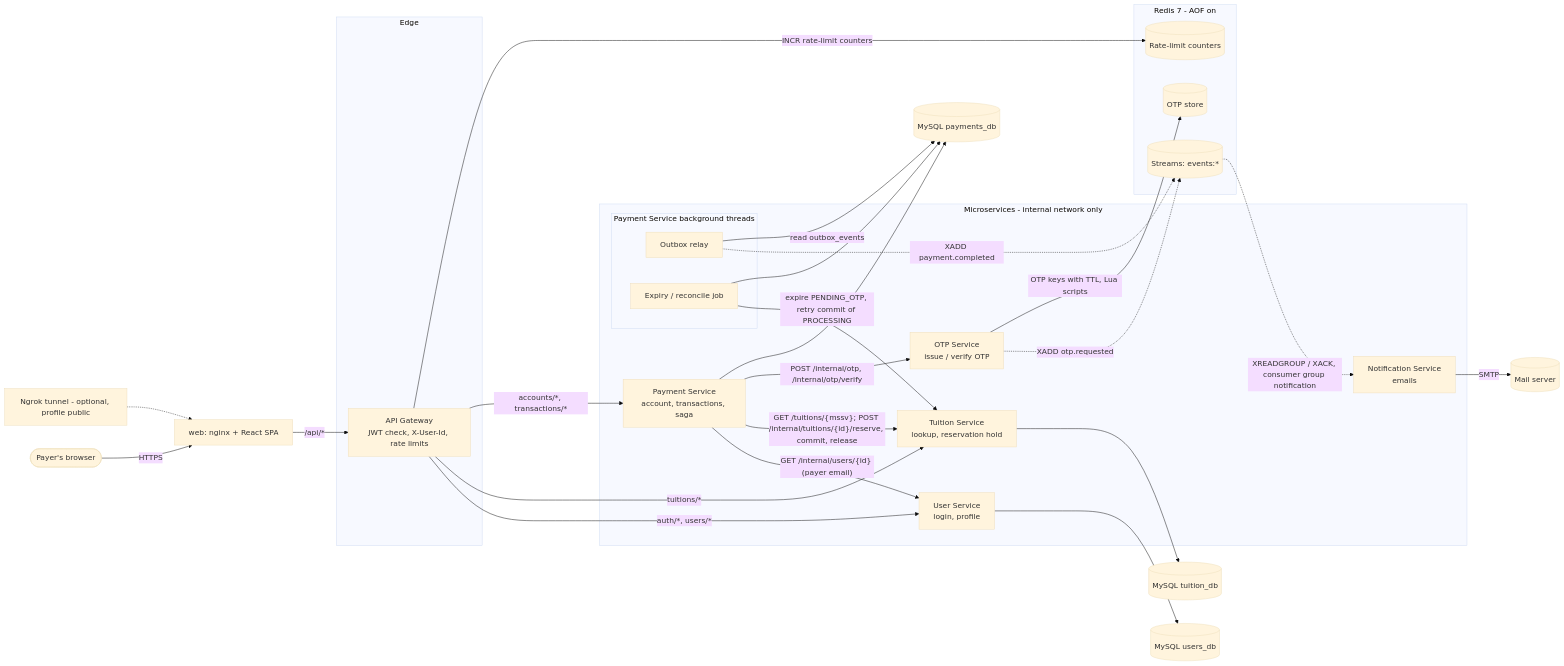
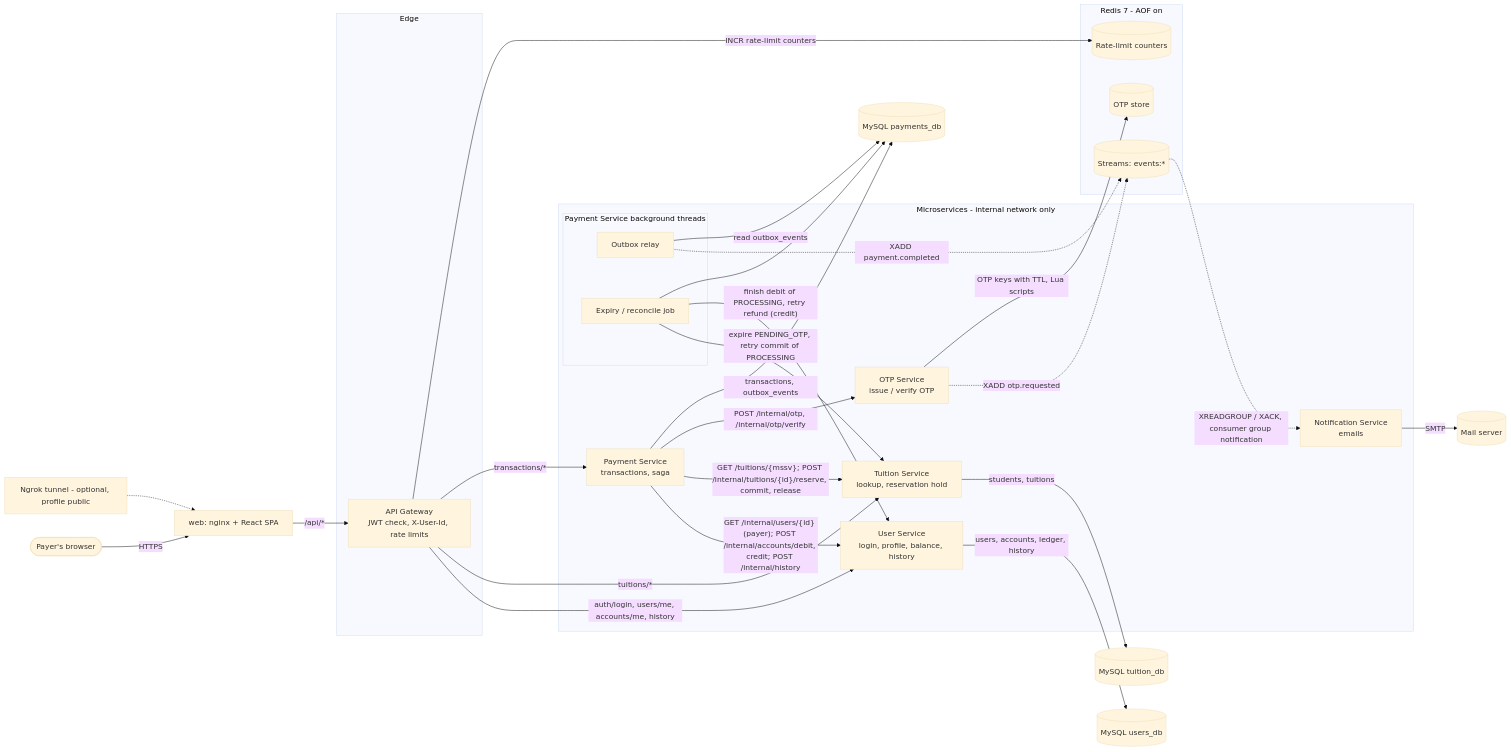
One commit to JamesJoys-vie/SOA-Midterm---iBanking-subsystem changed the diagram in docs/diagrams/architecture.mmd. Above: the diagram before and after it, drawn with Mermaid (base theme). The commit also changed 2 other files, not shown here.

Commit message:
Fixed diagrams

```diff
--- a/docs/diagrams/architecture.mmd
+++ b/docs/diagrams/architecture.mmd
@@ -1,50 +1,51 @@
 flowchart LR
   %% Solid arrows: synchronous REST/HTTP calls. Dashed arrows: asynchronous events on Redis Streams.
   %% Service responsibilities and the full call list: docs/design/services.md
   User([Payer's browser]) -->|HTTPS| WEB
   NG[Ngrok tunnel - optional, profile public] -.-> WEB
   WEB[web: nginx + React SPA] -->|"/api/*"| GW
 
   subgraph EDGE [Edge]
     GW[API Gateway<br/>JWT check, X-User-Id, rate limits]
   end
 
   subgraph SERVICES [Microservices - internal network only]
-    US[User Service<br/>login, profile]
+    US[User Service<br/>login, profile, balance, history]
     TS[Tuition Service<br/>lookup, reservation hold]
-    PS[Payment Service<br/>account, transactions, saga]
+    PS[Payment Service<br/>transactions, saga]
     OTP[OTP Service<br/>issue / verify OTP]
     NS[Notification Service<br/>emails]
     subgraph PSW [Payment Service background threads]
       OR[Outbox relay]
       EJ[Expiry / reconcile job]
     end
   end
 
-  GW -->|"auth/*, users/*"| US
+  GW -->|"auth/login, users/me, accounts/me, history"| US
   GW -->|"tuitions/*"| TS
-  GW -->|"accounts/*, transactions/*"| PS
+  GW -->|"transactions/*"| PS
   GW -->|INCR rate-limit counters| RL
 
-  PS -->|"GET /internal/users/{id} (payer email)"| US
+  PS -->|"GET /internal/users/{id} (payer); POST /internal/accounts/debit, credit; POST /internal/history"| US
   PS -->|"GET /tuitions/{mssv}; POST /internal/tuitions/{id}/reserve, commit, release"| TS
   PS -->|"POST /internal/otp, /internal/otp/verify"| OTP
   EJ -->|"expire PENDING_OTP, retry commit of PROCESSING"| TS
+  EJ -->|"finish debit of PROCESSING, retry refund (credit)"| US
 
   OR -.->|"XADD payment.completed"| RS
   OTP -.->|"XADD otp.requested"| RS
   RS -.->|"XREADGROUP / XACK, consumer group notification"| NS
   NS -->|SMTP| MAIL[(Mail server)]
 
-  US --> DB1[(MySQL users_db)]
-  TS --> DB3[(MySQL tuition_db)]
-  PS --> DB2[(MySQL payments_db)]
+  US -->|"users, accounts, ledger, history"| DB1[(MySQL users_db)]
+  TS -->|"students, tuitions"| DB3[(MySQL tuition_db)]
+  PS -->|"transactions, outbox_events"| DB2[(MySQL payments_db)]
   OR -->|read outbox_events| DB2
   EJ --> DB2
   OTP -->|OTP keys with TTL, Lua scripts| R
 
   subgraph REDIS [Redis 7 - AOF on]
     R[(OTP store)]
     RL[(Rate-limit counters)]
     RS[(Streams: events:*)]
   end
```
